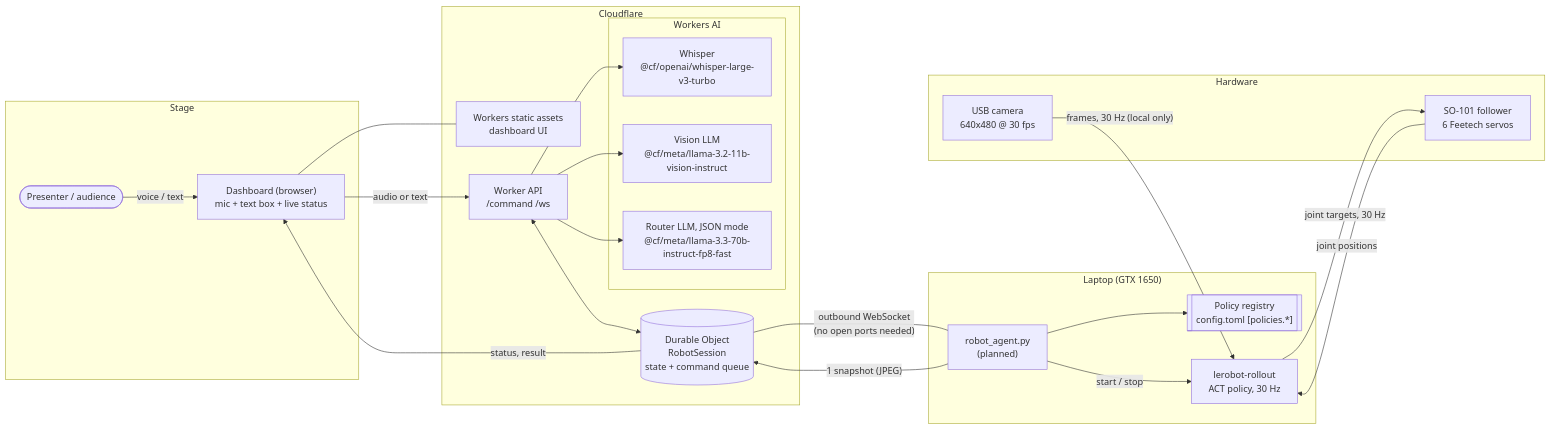
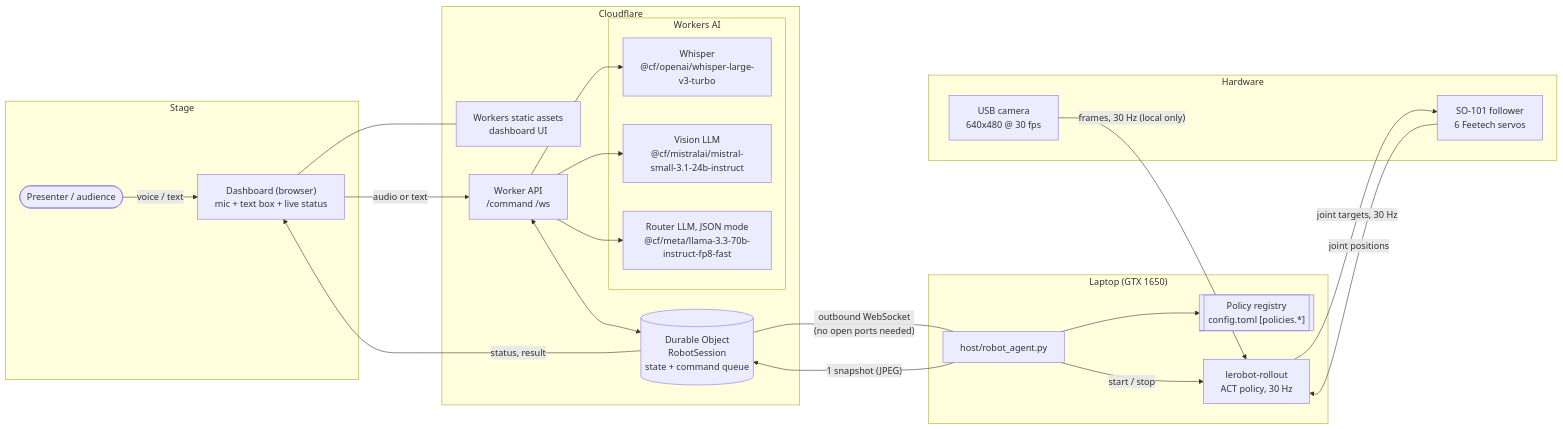
Before and after one commit to ValGSgit/AustrianStartupsHackathon---HickHack: the first of 3 diagrams in docs/architecture.md, drawn with Mermaid. The commit also changed other lines of this file and 38 other files, not shown here.

````diff
--- a/docs/architecture.md
+++ b/docs/architecture.md
@@ -21,45 +22,45 @@
 ```mermaid
 flowchart LR
     subgraph STAGE["Stage"]
         USER(["Presenter / audience"])
         UI["Dashboard (browser)<br/>mic + text box + live status"]
     end
 
     subgraph CF["Cloudflare"]
         PAGES["Workers static assets<br/>dashboard UI"]
         API["Worker API<br/>/command  /ws"]
         DO[("Durable Object<br/>RobotSession<br/>state + command queue")]
         subgraph WAI["Workers AI"]
             STT["Whisper<br/>@cf/openai/whisper-large-v3-turbo"]
-            VLM["Vision LLM<br/>@cf/meta/llama-3.2-11b-vision-instruct"]
+            VLM["Vision LLM<br/>@cf/mistralai/mistral-small-3.1-24b-instruct"]
             LLM["Router LLM, JSON mode<br/>@cf/meta/llama-3.3-70b-instruct-fp8-fast"]
         end
     end
 
     subgraph LAPTOP["Laptop (GTX 1650)"]
-        AGENT["robot_agent.py<br/>(planned)"]
+        AGENT["host/robot_agent.py"]
         REG[["Policy registry<br/>config.toml [policies.*]"]]
         ROLL["lerobot-rollout<br/>ACT policy, 30 Hz"]
     end
 
     subgraph HW["Hardware"]
         CAM["USB camera<br/>640x480 @ 30 fps"]
         ARM["SO-101 follower<br/>6 Feetech servos"]
     end
 
     USER -- "voice / text" --> UI
     UI --- PAGES
     UI -- "audio or text" --> API
     API --> STT
     API <--> DO
     DO -- "outbound WebSocket<br/>(no open ports needed)" --- AGENT
     AGENT -- "1 snapshot (JPEG)" --> DO
     API --> VLM
     API --> LLM
     AGENT --> REG
     AGENT -- "start / stop" --> ROLL
     CAM -- "frames, 30 Hz (local only)" --> ROLL
     ROLL -- "joint targets, 30 Hz" --> ARM
     ARM -- "joint positions" --> ROLL
     DO -- "status, result" --> UI
 ```
````
